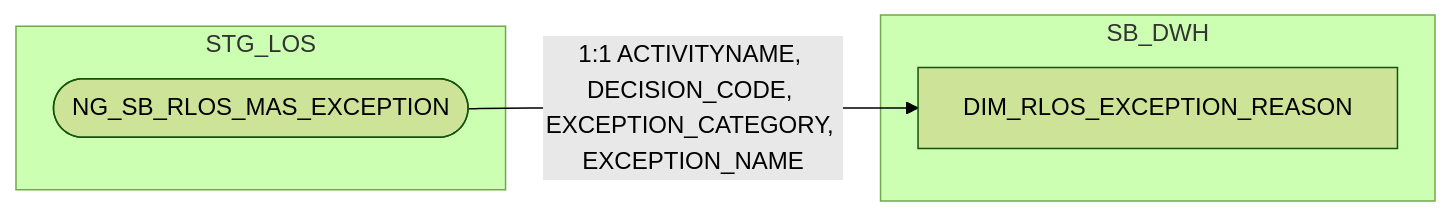
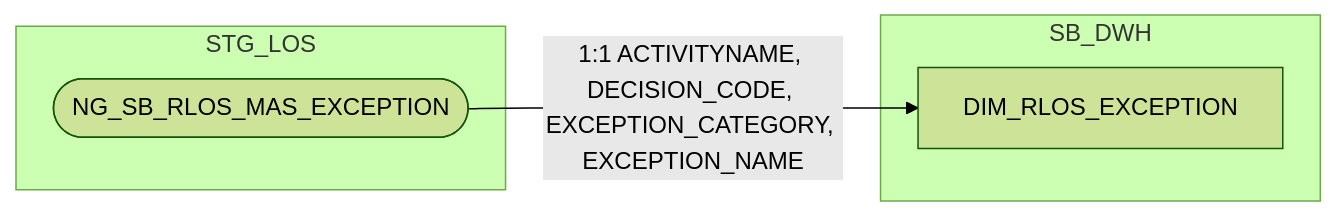
Before and after one commit to chien1198/sb-mapping-gen: diagram 12 of 13 in hld/hld_review/HLD_DIM_SB_DWH_review.md, drawn with Mermaid (forest theme). The commit also changed other lines of this file and 183 other files, not shown here.

````diff
--- a/hld/hld_review/HLD_DIM_SB_DWH_review.md
+++ b/hld/hld_review/HLD_DIM_SB_DWH_review.md
@@ -747,10 +565,10 @@
 ```mermaid
 flowchart LR
     subgraph STG_LOS
         A(["NG_SB_RLOS_MAS_EXCEPTION"])
     end
     subgraph SB_DWH
-        C["DIM_RLOS_EXCEPTION_REASON"]
+        C["DIM_RLOS_EXCEPTION"]
     end
     A -->|1:1 ACTIVITYNAME, DECISION_CODE, EXCEPTION_CATEGORY, EXCEPTION_NAME| C
 ```
````
